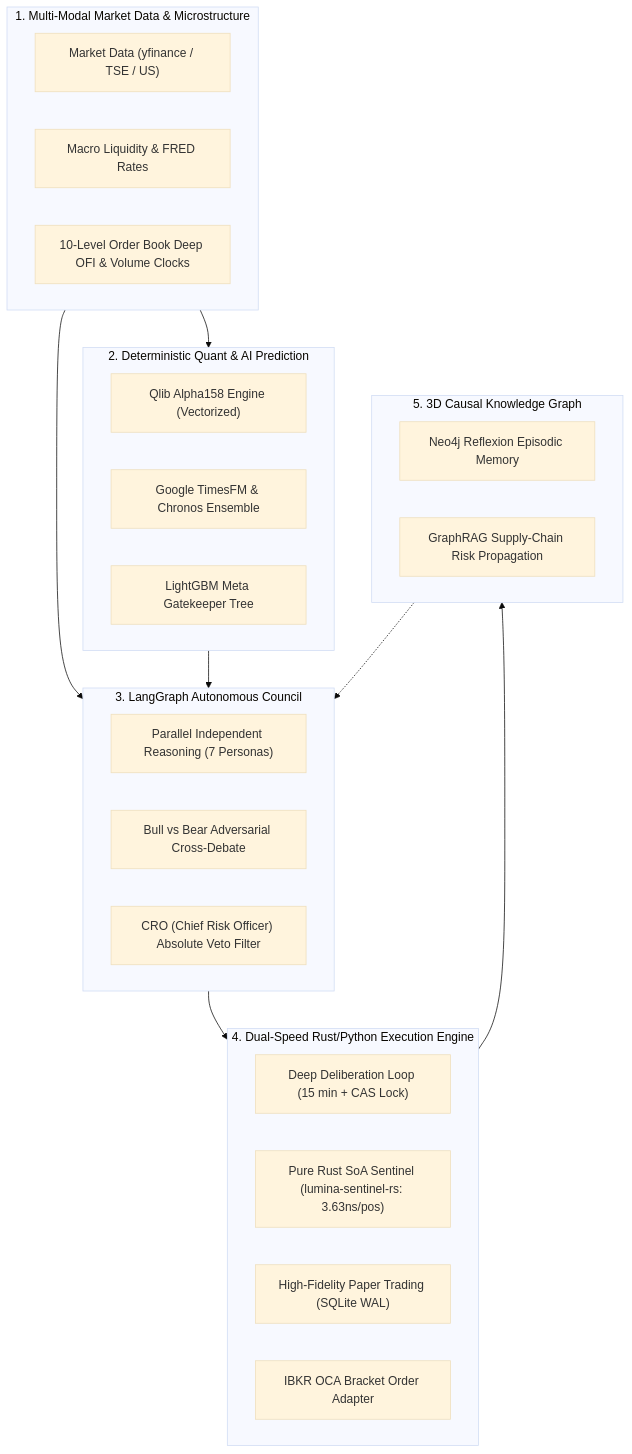
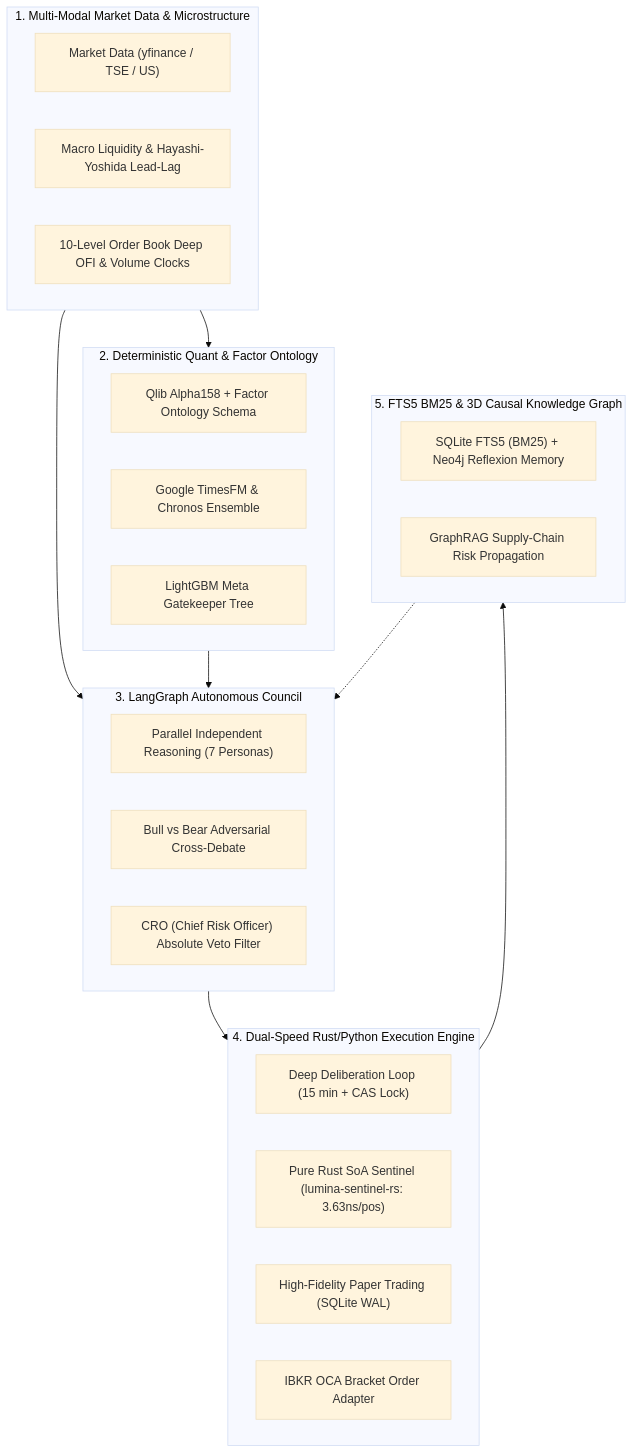
The diagram in README.md (ramuza0113-sketch/lumina-ai-hedge-fund), drawn with Mermaid (base theme) before and after one commit. The commit also changed other lines of this file, not shown here.

Commit message:
docs(readme): update version header and architecture matrix to v6.4.5

````diff
--- a/README.md
+++ b/README.md
@@ -80,39 +80,39 @@
 ```mermaid
 flowchart TD
     subgraph DataFeeds ["1. Multi-Modal Market Data & Microstructure"]
         A1["Market Data (yfinance / TSE / US)"]
-        A2["Macro Liquidity & FRED Rates"]
+        A2["Macro Liquidity & Hayashi-Yoshida Lead-Lag"]
         A3["10-Level Order Book Deep OFI & Volume Clocks"]
     end
 
-    subgraph QuantEngine ["2. Deterministic Quant & AI Prediction"]
-        B1["Qlib Alpha158 Engine (Vectorized)"]
+    subgraph QuantEngine ["2. Deterministic Quant & Factor Ontology"]
+        B1["Qlib Alpha158 + Factor Ontology Schema"]
         B2["Google TimesFM & Chronos Ensemble"]
         B3["LightGBM Meta Gatekeeper Tree"]
     end
 
     subgraph AgentCouncil ["3. LangGraph Autonomous Council"]
         C1["Parallel Independent Reasoning (7 Personas)"]
         C2["Bull vs Bear Adversarial Cross-Debate"]
         C3["CRO (Chief Risk Officer) Absolute Veto Filter"]
     end
 
     subgraph ExecutionLayer ["4. Dual-Speed Rust/Python Execution Engine"]
         D1["Deep Deliberation Loop (15 min + CAS Lock)"]
         D2["Pure Rust SoA Sentinel (lumina-sentinel-rs: 3.63ns/pos)"]
         D3["High-Fidelity Paper Trading (SQLite WAL)"]
         D4["IBKR OCA Bracket Order Adapter"]
     end
 
-    subgraph KnowledgeMemory ["5. 3D Causal Knowledge Graph"]
-        E1["Neo4j Reflexion Episodic Memory"]
+    subgraph KnowledgeMemory ["5. FTS5 BM25 & 3D Causal Knowledge Graph"]
+        E1["SQLite FTS5 (BM25) + Neo4j Reflexion Memory"]
         E2["GraphRAG Supply-Chain Risk Propagation"]
     end
 
     DataFeeds --> QuantEngine
     DataFeeds --> AgentCouncil
     QuantEngine --> AgentCouncil
     AgentCouncil --> ExecutionLayer
     ExecutionLayer --> KnowledgeMemory
     KnowledgeMemory -.-> AgentCouncil
 ```
````
